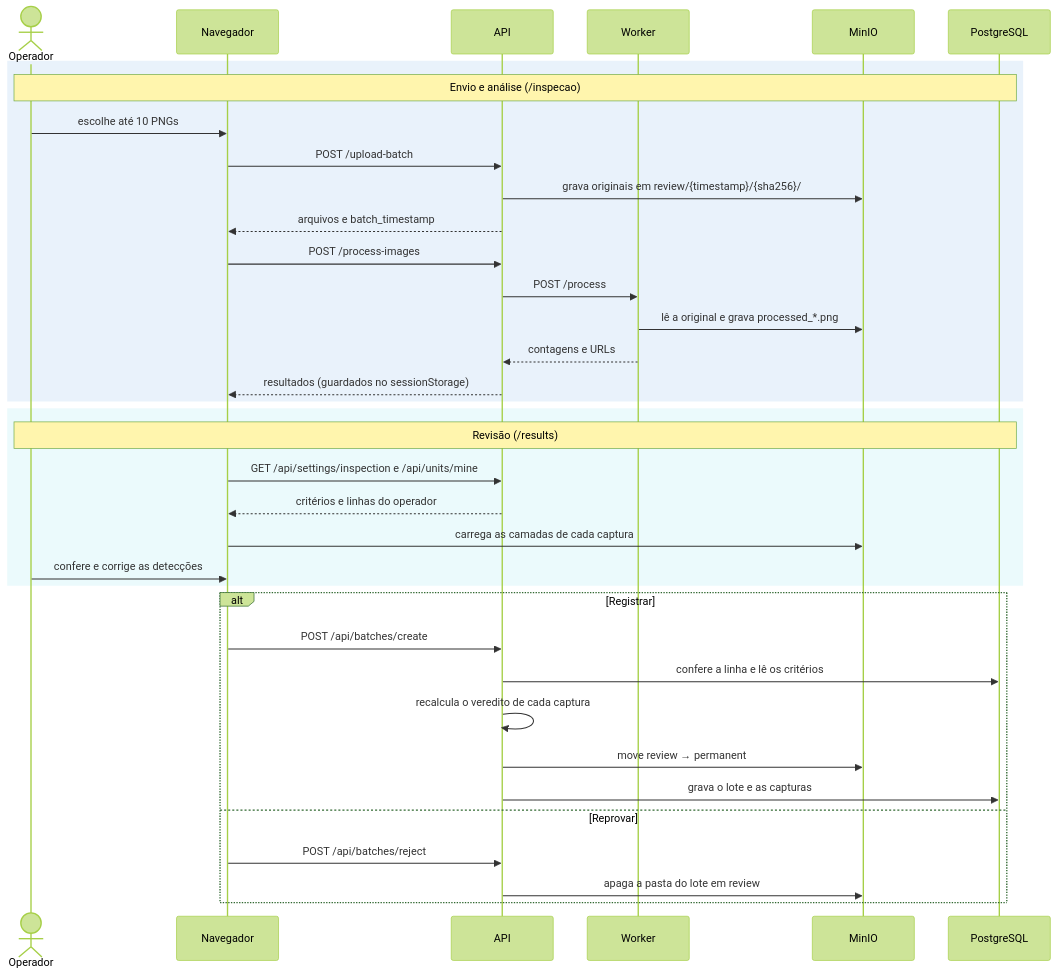
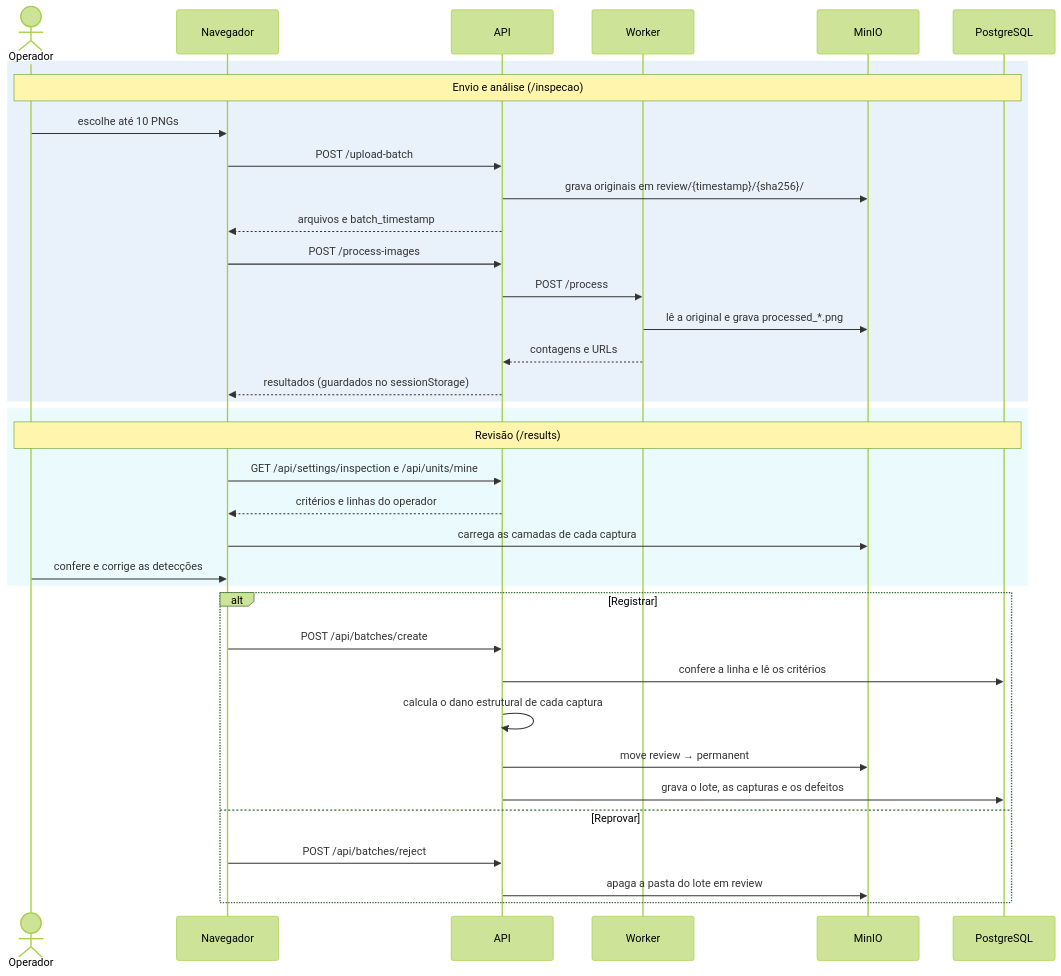
The third of 4 diagrams in docs/arquitetura.md (d3vluz/HawkEye), drawn with Mermaid (forest theme) before and after one commit. The commit also changed other lines of this file and 29 other files, not shown here.

````diff
--- a/docs/arquitetura.md
+++ b/docs/arquitetura.md
@@ -77,41 +77,41 @@
 ```mermaid
 sequenceDiagram
     actor Op as Operador
     participant Nav as Navegador
     participant API
     participant WK as Worker
     participant S3 as MinIO
     participant DB as PostgreSQL
 
     rect rgba(46, 125, 214, 0.10)
     Note over Op, DB: Envio e análise (/inspecao)
     Op->>Nav: escolhe até 10 PNGs
     Nav->>API: POST /upload-batch
     API->>S3: grava originais em review/{timestamp}/{sha256}/
     API-->>Nav: arquivos e batch_timestamp
     Nav->>API: POST /process-images
     API->>WK: POST /process
     WK->>S3: lê a original e grava processed_*.png
     WK-->>API: contagens e URLs
     API-->>Nav: resultados (guardados no sessionStorage)
     end
 
     rect rgba(0, 184, 212, 0.08)
     Note over Op, DB: Revisão (/results)
     Nav->>API: GET /api/settings/inspection e /api/units/mine
     API-->>Nav: critérios e linhas do operador
     Nav->>S3: carrega as camadas de cada captura
     Op->>Nav: confere e corrige as detecções
     end
 
     alt Registrar
         Nav->>API: POST /api/batches/create
         API->>DB: confere a linha e lê os critérios
-        API->>API: recalcula o veredito de cada captura
+        API->>API: calcula o dano estrutural de cada captura
         API->>S3: move review → permanent
-        API->>DB: grava o lote e as capturas
+        API->>DB: grava o lote, as capturas e os defeitos
     else Reprovar
         Nav->>API: POST /api/batches/reject
         API->>S3: apaga a pasta do lote em review
     end
 ```
````
